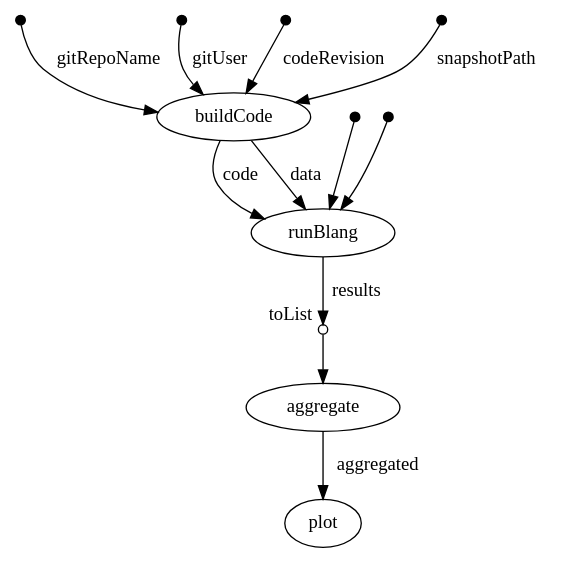
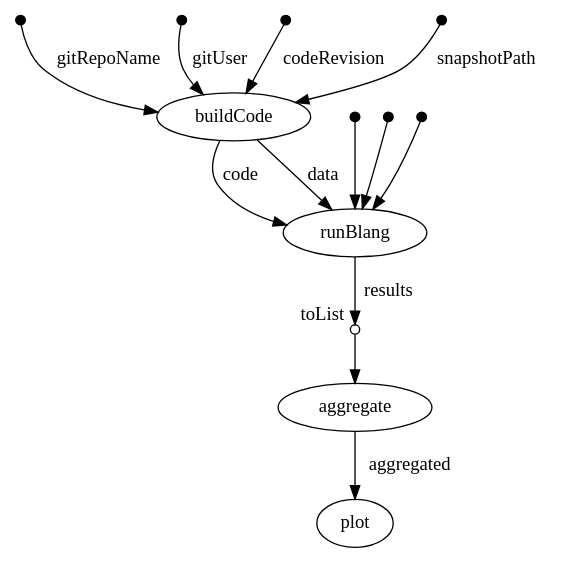
Before and after one commit to UBC-Stat-ML/iscm-nextflow: the diagram in dag.dot, drawn with Graphviz. The commit also changed 25 other files, not shown here.

```diff
--- a/dag.dot
+++ b/dag.dot
@@ -1,46 +1,50 @@
 digraph "dag" {
 p0 [shape=point,label="",fixedsize=true,width=0.1];
 p4 [label="buildCode"];
 p0 -> p4 [label="gitRepoName"];
 
 p1 [shape=point,label="",fixedsize=true,width=0.1];
 p4 [label="buildCode"];
 p1 -> p4 [label="gitUser"];
 
 p2 [shape=point,label="",fixedsize=true,width=0.1];
 p4 [label="buildCode"];
 p2 -> p4 [label="codeRevision"];
 
 p3 [shape=point,label="",fixedsize=true,width=0.1];
 p4 [label="buildCode"];
 p3 -> p4 [label="snapshotPath"];
 
 p4 [label="buildCode"];
-p7 [label="runBlang"];
-p4 -> p7 [label="code"];
+p8 [label="runBlang"];
+p4 -> p8 [label="code"];
 
 p4 [label="buildCode"];
-p7 [label="runBlang"];
-p4 -> p7 [label="data"];
+p8 [label="runBlang"];
+p4 -> p8 [label="data"];
 
 p5 [shape=point,label="",fixedsize=true,width=0.1];
-p7 [label="runBlang"];
-p5 -> p7;
+p8 [label="runBlang"];
+p5 -> p8;
 
 p6 [shape=point,label="",fixedsize=true,width=0.1];
-p7 [label="runBlang"];
-p6 -> p7;
+p8 [label="runBlang"];
+p6 -> p8;
 
-p7 [label="runBlang"];
-p8 [shape=circle,label="",fixedsize=true,width=0.1,xlabel="toList"];
-p7 -> p8 [label="results"];
+p7 [shape=point,label="",fixedsize=true,width=0.1];
+p8 [label="runBlang"];
+p7 -> p8;
 
-p8 [shape=circle,label="",fixedsize=true,width=0.1,xlabel="toList"];
-p9 [label="aggregate"];
-p8 -> p9;
+p8 [label="runBlang"];
+p9 [shape=circle,label="",fixedsize=true,width=0.1,xlabel="toList"];
+p8 -> p9 [label="results"];
 
-p9 [label="aggregate"];
-p10 [label="plot"];
-p9 -> p10 [label="aggregated"];
+p9 [shape=circle,label="",fixedsize=true,width=0.1,xlabel="toList"];
+p10 [label="aggregate"];
+p9 -> p10;
+
+p10 [label="aggregate"];
+p11 [label="plot"];
+p10 -> p11 [label="aggregated"];
 
 }
```
